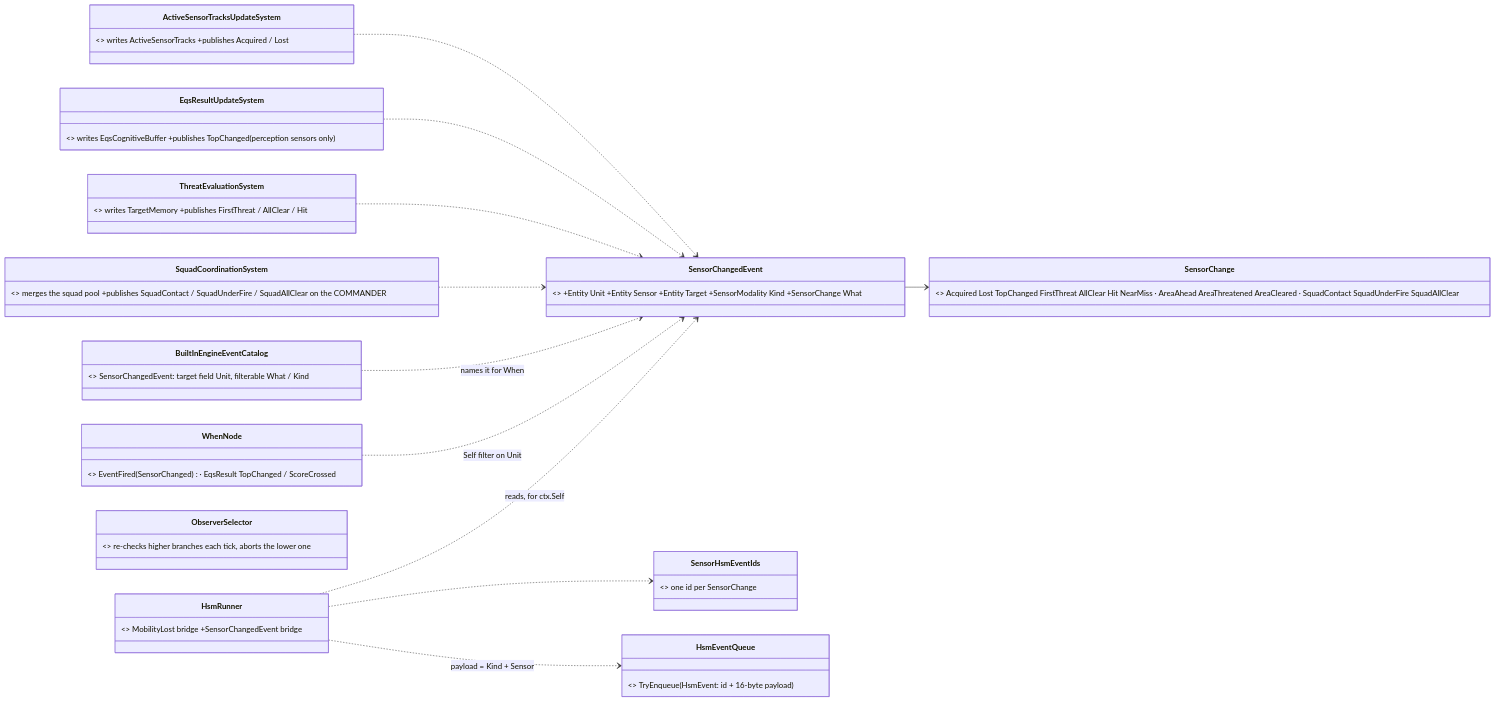
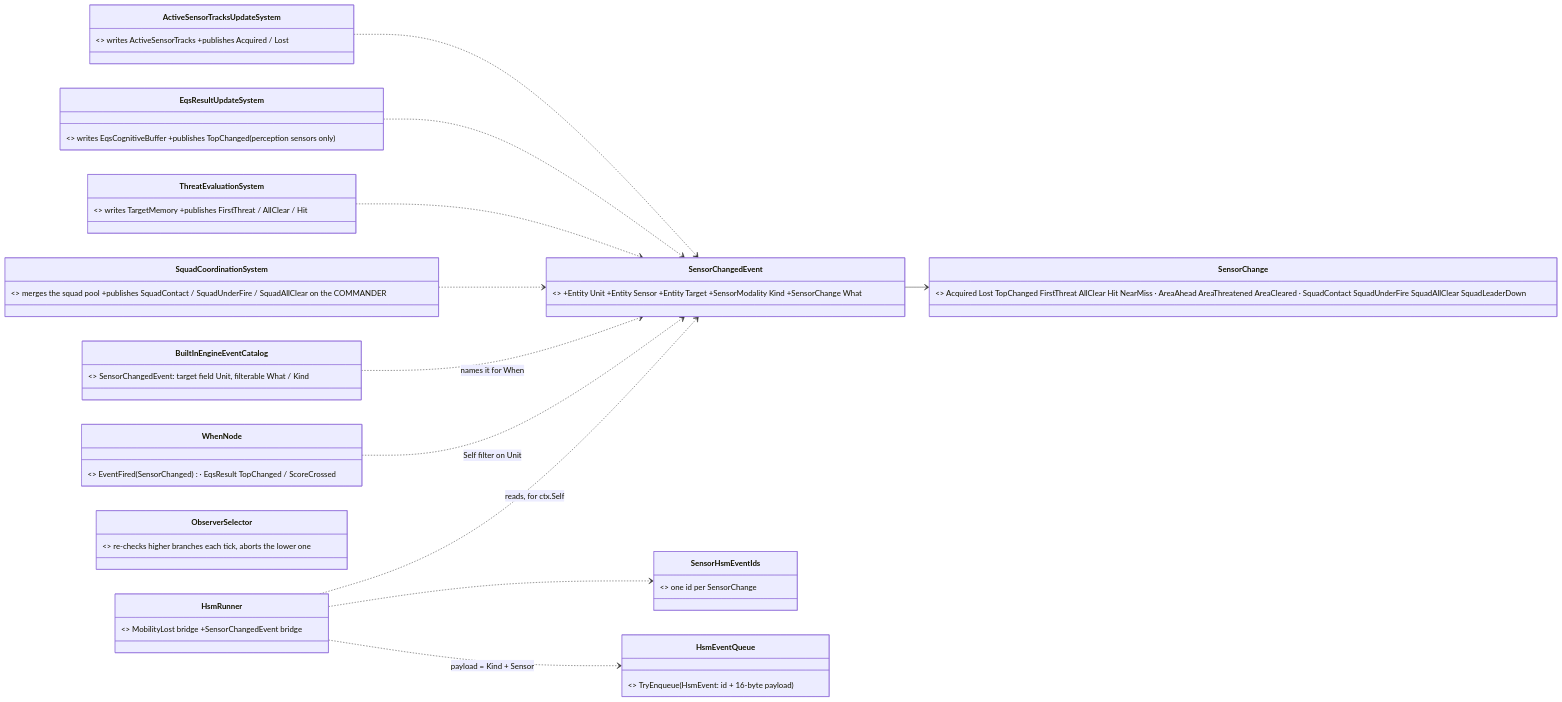
One commit to pjanec/HROT changed diagram 14 of 35 in docs/DESIGN_Sensors_And_Doctrine.md. Above: the diagram before and after it, drawn with Mermaid. The commit also changed other lines of this file and 1 other file, not shown here.

Commit message:
CE-2125: as-built §7.3 (red-proofs and live result pending); Sensors & Doctrine names SquadLeaderDown
Claude-Session: https://claude.ai/code/session_01FBKXF7zv53SXS7EwRBtk7D

````diff
--- a/docs/DESIGN_Sensors_And_Doctrine.md
+++ b/docs/DESIGN_Sensors_And_Doctrine.md
@@ -584,26 +584,26 @@
 ```mermaid
 classDiagram
   direction LR
   class ActiveSensorTracksUpdateSystem { <<existing Brain, PRODUCER>> writes ActiveSensorTracks +publishes Acquired / Lost }
   class EqsResultUpdateSystem { <<existing Brain, PRODUCER>> writes EqsCognitiveBuffer +publishes TopChanged (perception sensors only) }
   class ThreatEvaluationSystem { <<existing Brain, PRODUCER>> writes TargetMemory +publishes FirstThreat / AllClear / Hit }
   class SensorChangedEvent { <<BUILT unmanaged bus event, id 4006>> +Entity Unit +Entity Sensor +Entity Target +SensorModality Kind +SensorChange What }
-  class SensorChange { <<BUILT enum>> Acquired Lost TopChanged FirstThreat AllClear Hit NearMiss · AreaAhead AreaThreatened AreaCleared · SquadContact SquadUnderFire SquadAllClear }
+  class SensorChange { <<BUILT enum>> Acquired Lost TopChanged FirstThreat AllClear Hit NearMiss · AreaAhead AreaThreatened AreaCleared · SquadContact SquadUnderFire SquadAllClear SquadLeaderDown }
   class SquadCoordinationSystem { <<existing Brain, PRODUCER since CE-2123 S2>> merges the squad pool +publishes SquadContact / SquadUnderFire / SquadAllClear on the COMMANDER }
   class BuiltInEngineEventCatalog { <<existing, grows>> SensorChangedEvent: target field Unit, filterable What / Kind }
   class SensorHsmEventIds { <<NEW reserved HSM ids, beside MobilityLost>> one id per SensorChange }
   class HsmRunner { <<existing, grows>> MobilityLost bridge +SensorChangedEvent bridge }
   class HsmEventQueue { <<existing>> TryEnqueue(HsmEvent: id + 16-byte payload) }
   class ObserverSelector { <<existing NodeType, interpreter grows>> re-checks higher branches each tick, aborts the lower one }
   class WhenNode { <<existing blueprint>> EventFired(SensorChanged) · EqsResult TopChanged / ScoreCrossed }
   ActiveSensorTracksUpdateSystem ..> SensorChangedEvent
   EqsResultUpdateSystem ..> SensorChangedEvent
   ThreatEvaluationSystem ..> SensorChangedEvent
   SquadCoordinationSystem ..> SensorChangedEvent
   SensorChangedEvent --> SensorChange
   BuiltInEngineEventCatalog ..> SensorChangedEvent : names it for When
   HsmRunner ..> SensorChangedEvent : reads, for ctx.Self
   HsmRunner ..> SensorHsmEventIds
   HsmRunner ..> HsmEventQueue : payload = Kind + Sensor
   WhenNode ..> SensorChangedEvent : Self filter on Unit
 ```
````
